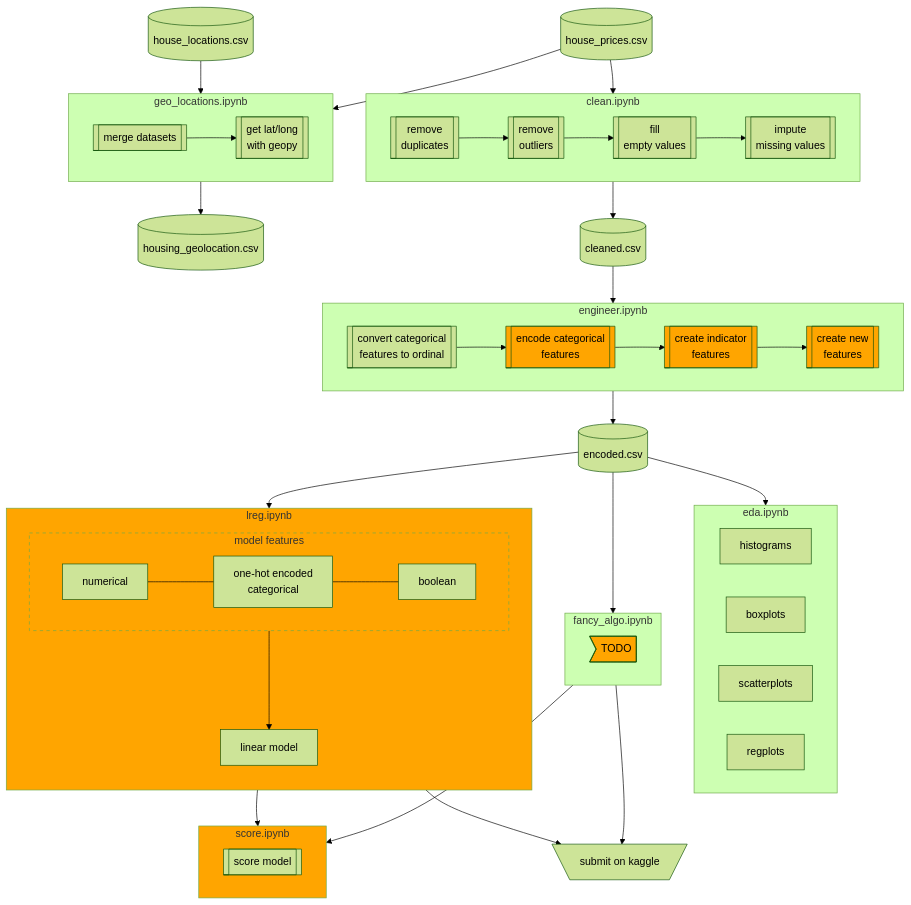
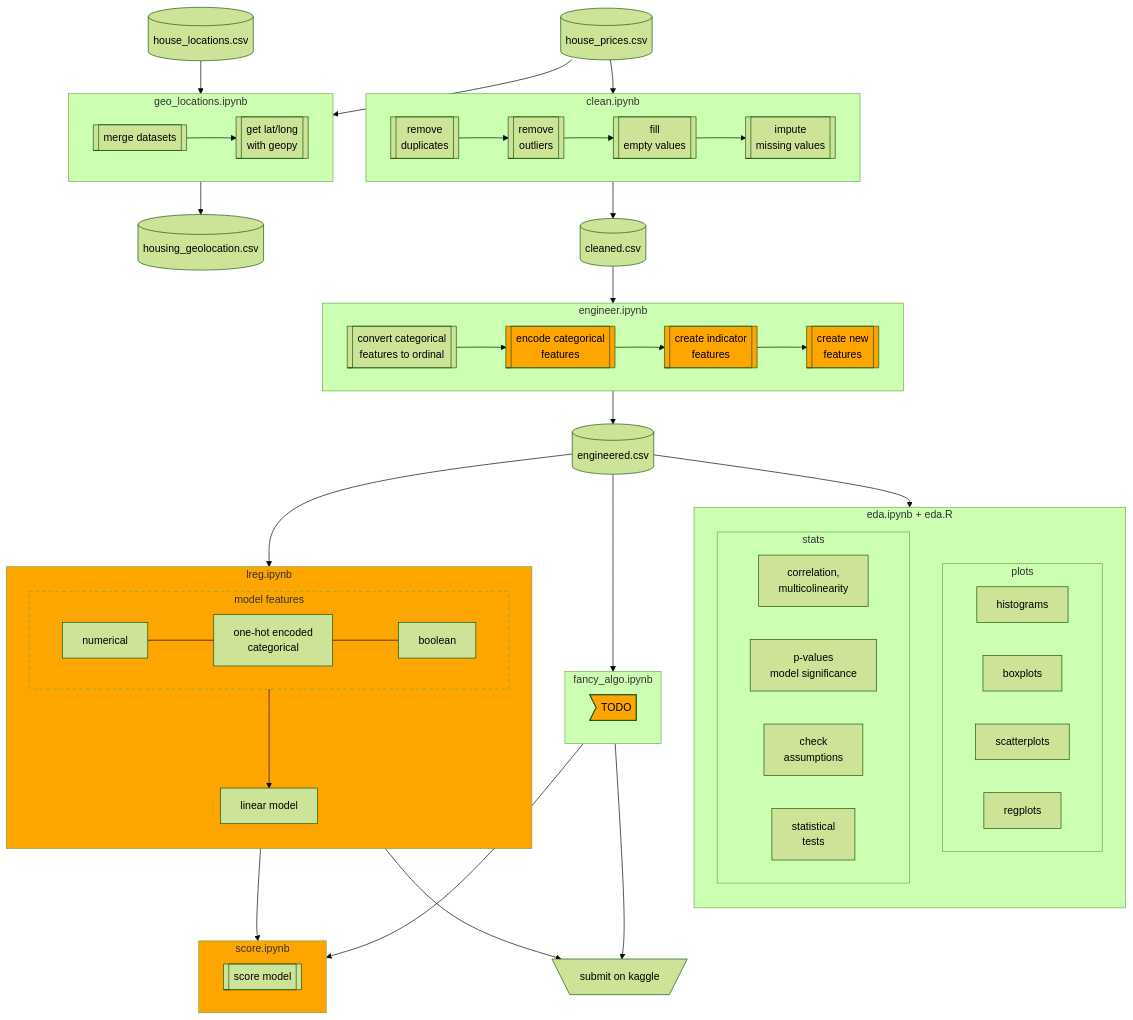
One commit to rishigoutam/ames-iowa changed the diagram in project-management/process.md. Above: the diagram before and after it, drawn with Mermaid (forest theme).

```diff
--- a/project-management/process.md
+++ b/project-management/process.md
@@ -38,14 +38,22 @@
         style new fill:orange
     end
     
-    d_c-->encode-->d_e[(encoded.csv)]
+    d_c-->encode-->d_e[(engineered.csv)]
     
-    subgraph eda [eda.ipynb]
-        direction LR
-        histograms
-        boxplots
-        scatterplots
-        regplots
+    subgraph eda [eda.ipynb + eda.R]
+        direction TB
+        subgraph eda_plots[plots]
+            histograms
+            boxplots
+            scatterplots
+            regplots
+        end
+        subgraph stats
+            stats_cor[correlation,\n multicolinearity]
+            stats_significance[p-values\n model significance]
+            stats_assumptions[check \nassumptions]
+            stats_tests[statistical\n tests]
+        end
     end
     
     subgraph lin_regression [lreg.ipynb]
```
